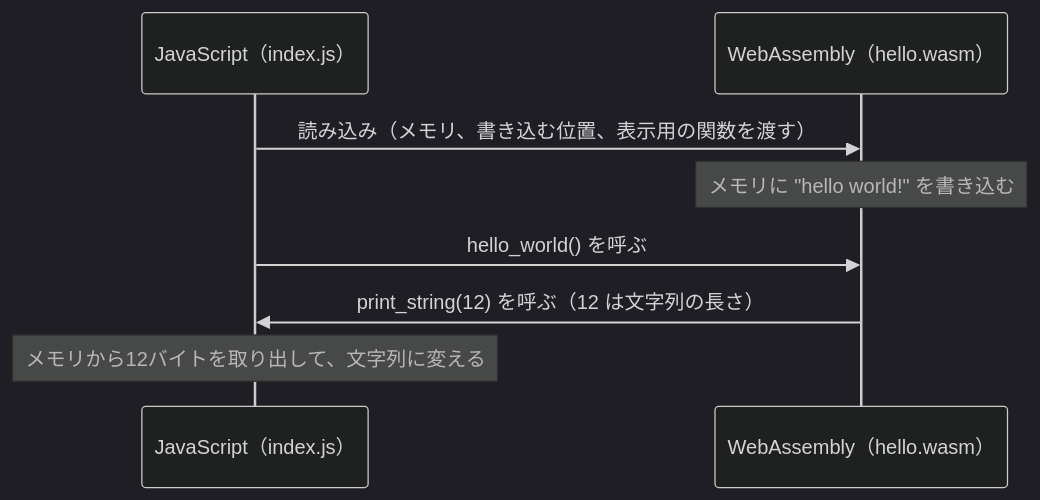
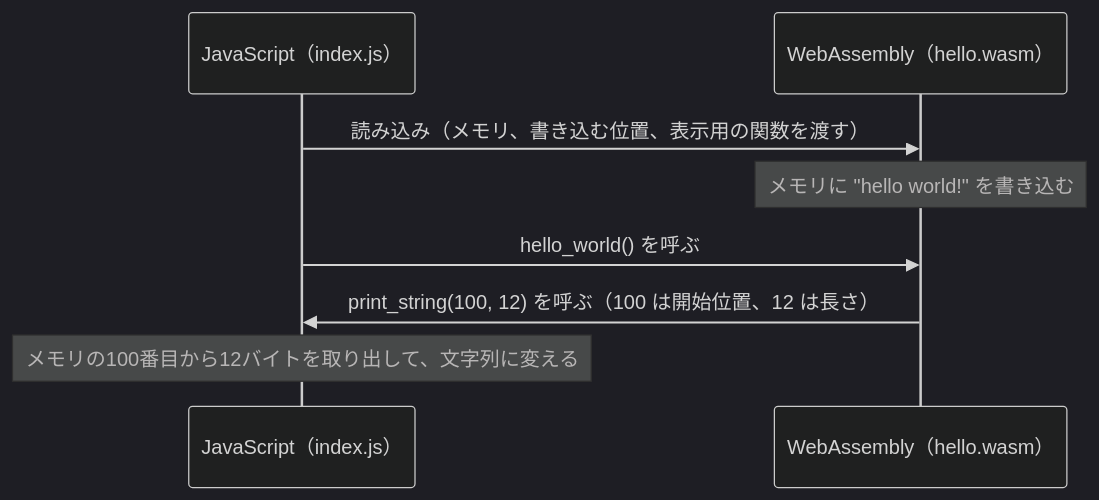
The second of 2 diagrams in readme/03_ARCHITECTURE.md (ike-keichan/sandbox-wasm), drawn with Mermaid (dark theme) before and after one commit. The commit also changed other lines of this file and 15 other files, not shown here.

````diff
--- a/readme/03_ARCHITECTURE.md
+++ b/readme/03_ARCHITECTURE.md
@@ -46,10 +46,10 @@
 ```mermaid
 sequenceDiagram
     participant JS as JavaScript（index.js）
     participant WASM as WebAssembly（hello.wasm）
     JS->>WASM: 読み込み（メモリ、書き込む位置、表示用の関数を渡す）
     Note over WASM: メモリに "hello world!" を書き込む
     JS->>WASM: hello_world() を呼ぶ
-    WASM->>JS: print_string(12) を呼ぶ（12 は文字列の長さ）
-    Note over JS: メモリから12バイトを取り出して、文字列に変える
+    WASM->>JS: print_string(100, 12) を呼ぶ（100 は開始位置、12 は長さ）
+    Note over JS: メモリの100番目から12バイトを取り出して、文字列に変える
 ```
````
